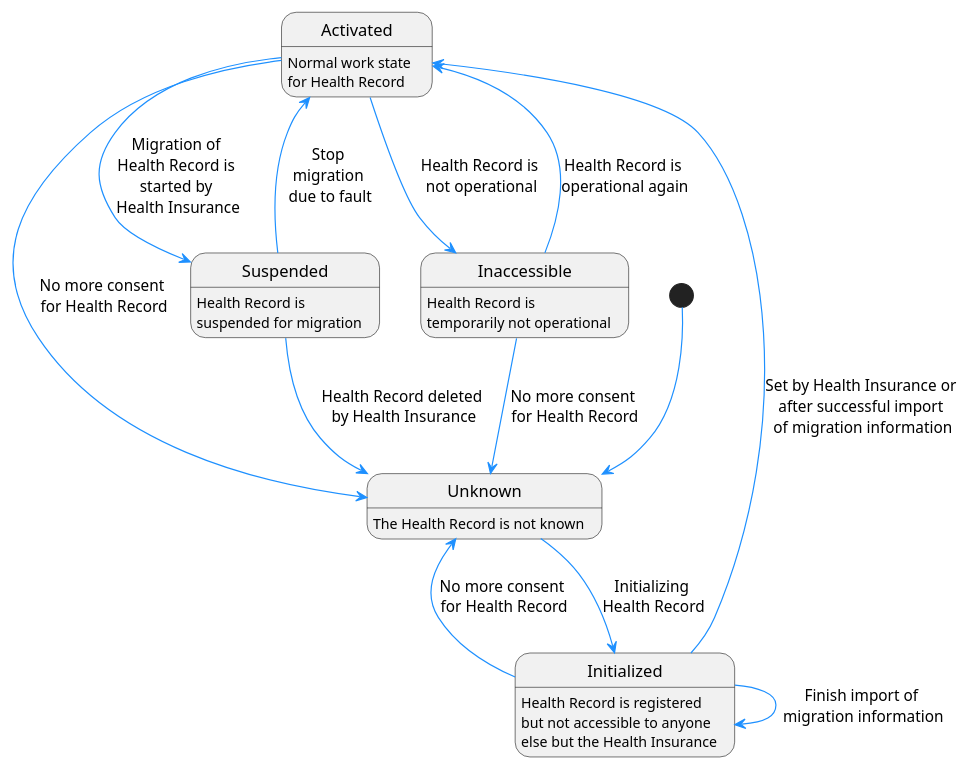
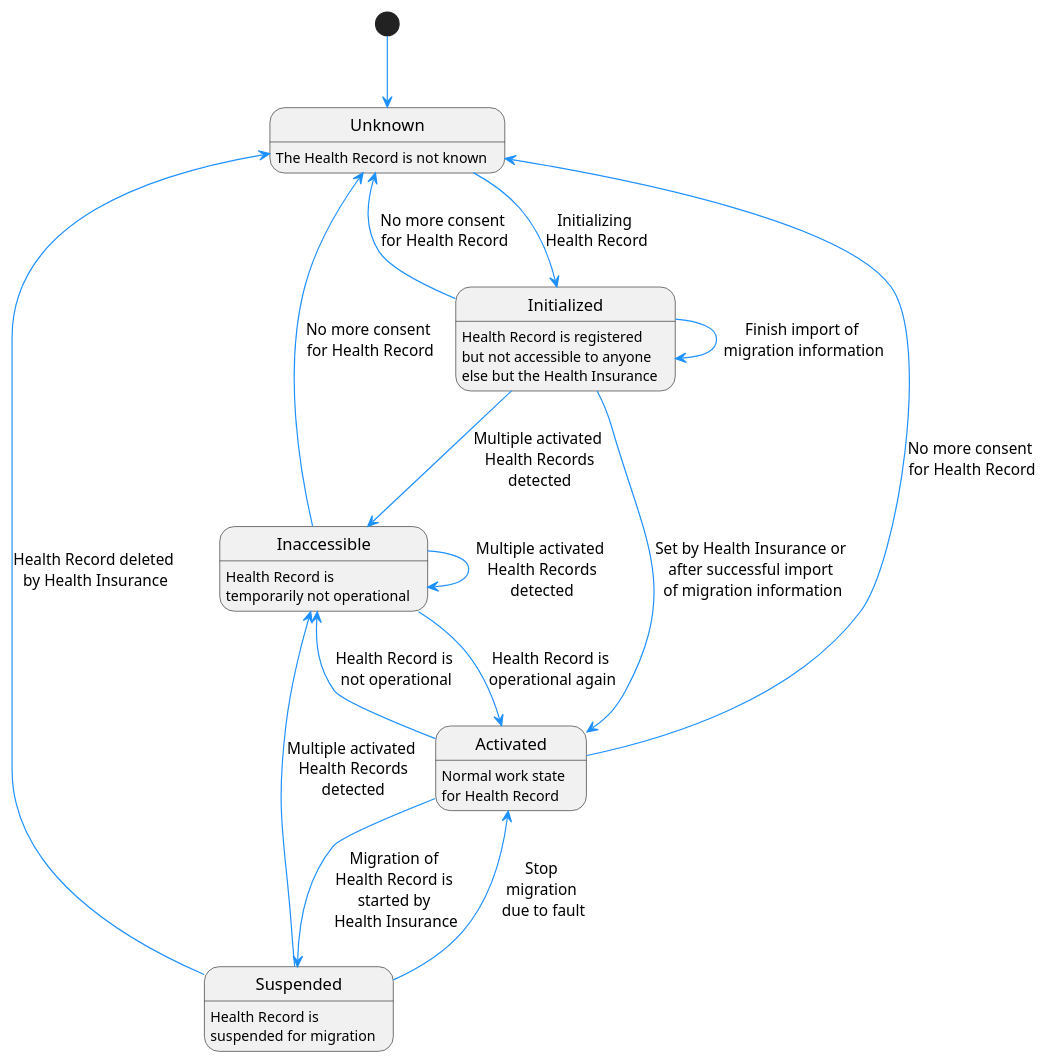
One commit to gematik/ePA-Basic changed the diagram in src/plantuml/statemachine.puml. Above: the diagram before and after it, drawn with PlantUML. The commit also changed 3 other files, not shown here.

```diff
--- a/src/plantuml/statemachine.puml
+++ b/src/plantuml/statemachine.puml
@@ -1,45 +1,48 @@
 @startuml
 
 skinparam Shadowing false
 skinparam ParticipantPadding 20
 skinparam BoxPadding 10
 
 skinparam sequence {
     ArrowColor DodgerBlue
     ActorBorderColor DodgerBlue
     LifeLineBorderColor Blue
 
     ParticipantBackgroundColor #3483eb
     ParticipantBorderColor #3483eb
     ParticipantFontSize 14
     ParticipantFontColor White
 
     ActorBackgroundColor #3483eb
     ActorFontSize 14
     NoteBackgroundColor #3483eb
 }
 
 [*] --> Unknown
 Unknown : The Health Record is not known
 Initialized : Health Record is registered \nbut not accessible to anyone \nelse but the Health Insurance
 Activated : Normal work state \nfor Health Record
 Suspended : Health Record is \nsuspended for migration
 Inaccessible : Health Record is \ntemporarily not operational
 
 Unknown --> Initialized : Initializing \nHealth Record
 
 Initialized --> Unknown : No more consent \nfor Health Record
 Initialized --> Initialized : Finish import of \nmigration information
 Initialized --> Activated : Set by Health Insurance or \nafter successful import \nof migration information
+Initialized --> Inaccessible : Multiple activated\n Health Records\n detected
 
 Activated --> Unknown : No more consent \nfor Health Record
 Activated --> Suspended : Migration of \nHealth Record is \nstarted by \nHealth Insurance
-Activated -right-> Inaccessible : Health Record is \nnot operational
+Activated --> Inaccessible : Health Record is \nnot operational
 
 Suspended --> Activated : Stop \nmigration \ndue to fault
-Suspended --> Unknown : Health Record deleted \nby Health Insurance
+Suspended -up-> Unknown : Health Record deleted \nby Health Insurance
+Suspended --> Inaccessible : Multiple activated\n Health Records\n detected
 
 Inaccessible --> Activated : Health Record is \noperational again
 Inaccessible --> Unknown : No more consent \nfor Health Record
+Inaccessible --> Inaccessible : Multiple activated\n Health Records\n detected
 
 @enduml
```
